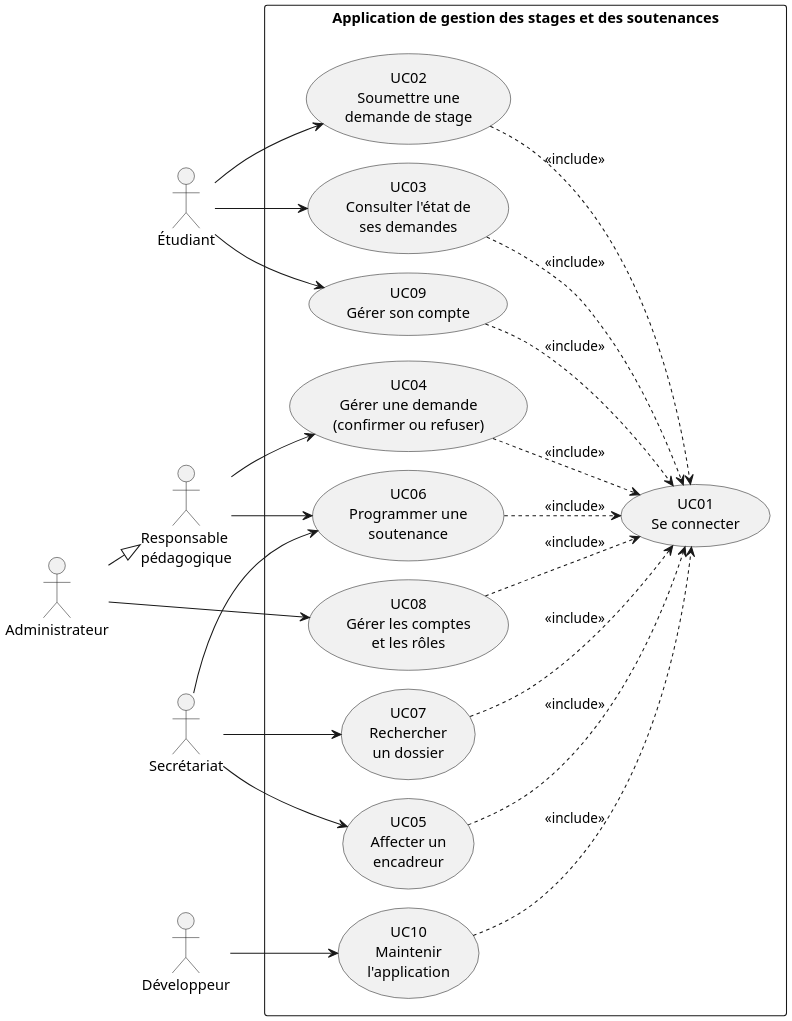
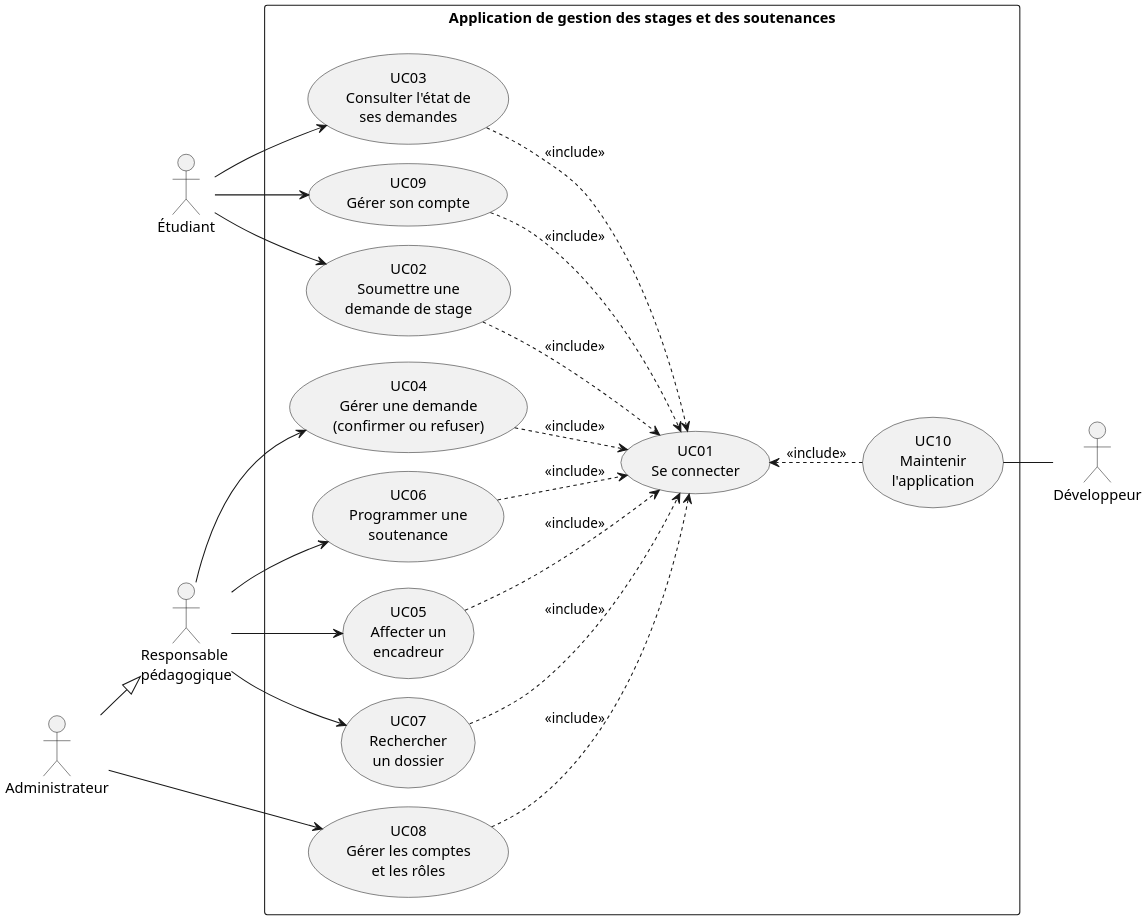
One commit to Shirley-sys-25/Application-Web-de-gestion-des-stages-et-des-soutenances-universitaires changed the diagram in TP3/cas_usage.puml. Above: the diagram before and after it, drawn with PlantUML. The commit also changed 9 other files, not shown here.

Commit message:
Corrige les diagrammes TP3 : retrait du secrétariat et séquence de connexion

```diff
--- a/TP3/cas_usage.puml
+++ b/TP3/cas_usage.puml
@@ -1,63 +1,65 @@
 @startuml cas_usage
 ' Diagramme de cas d'utilisation - TP3 - Projet informatique 2
 ' Version fusionnée : socle TP3 + acteur Développeur / maintenance.
+' Le rôle Secrétariat est supprimé : l'affectation et la recherche sont rattachées au Responsable.
 ' UC01 est inclus par tous les cas métier : aucun accès sans session.
 skinparam dpi 200
 skinparam monochrome true
 skinparam shadowing false
 skinparam defaultFontName SansSerif
 skinparam packageStyle rectangle
 skinparam nodesep 18
 skinparam ranksep 30
 left to right direction
 
 actor "Étudiant" as E
 actor "Responsable\npédagogique" as R
-actor "Secrétariat" as S
 actor "Administrateur" as A
 actor "Développeur" as D
 
 ' L'administrateur hérite des droits du responsable pédagogique.
 A --|> R
 
 rectangle "Application de gestion des stages et des soutenances" {
   usecase "UC01\nSe connecter" as UC01
   together {
     usecase "UC02\nSoumettre une\ndemande de stage" as UC02
     usecase "UC03\nConsulter l'état de\nses demandes" as UC03
     usecase "UC09\nGérer son compte" as UC09
   }
   together {
     usecase "UC04\nGérer une demande\n(confirmer ou refuser)" as UC04
     usecase "UC06\nProgrammer une\nsoutenance" as UC06
   }
   together {
     usecase "UC05\nAffecter un\nencadreur" as UC05
     usecase "UC07\nRechercher\nun dossier" as UC07
   }
   usecase "UC08\nGérer les comptes\net les rôles" as UC08
   usecase "UC10\nMaintenir\nl'application" as UC10
+  ' Place le cas de maintenance à droite du cadre, avec le développeur à l'extérieur.
+  UC01 -[hidden]right- UC10
 }
 
 E --> UC02
 E --> UC03
 E --> UC09
 R --> UC04
+R --> UC05
 R --> UC06
-S --> UC05
-S --> UC06
-S --> UC07
+R --> UC07
 A --> UC08
-D --> UC10
+' Le développeur reste à droite du cadre ; le trait est une association sans flèche.
+UC10 -- D
 
 ' UC04 couvre les deux issues (confirmer ou refuser) ; le détail est dans le tableau du rapport.
 UC02 ..> UC01 : <<include>>
 UC03 ..> UC01 : <<include>>
 UC04 ..> UC01 : <<include>>
 UC05 ..> UC01 : <<include>>
 UC06 ..> UC01 : <<include>>
 UC07 ..> UC01 : <<include>>
 UC08 ..> UC01 : <<include>>
 UC09 ..> UC01 : <<include>>
 UC10 ..> UC01 : <<include>>
 @enduml
```
